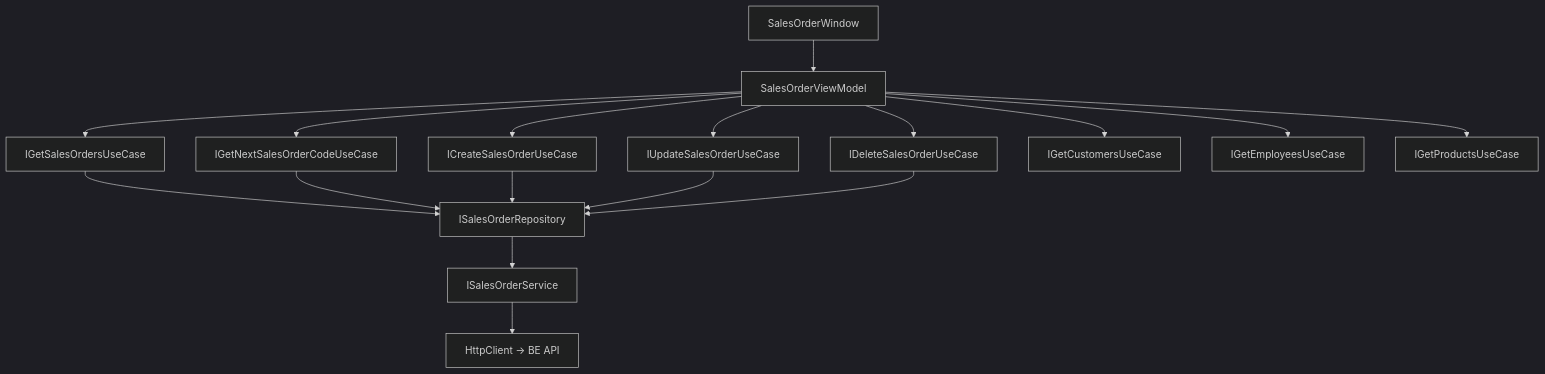
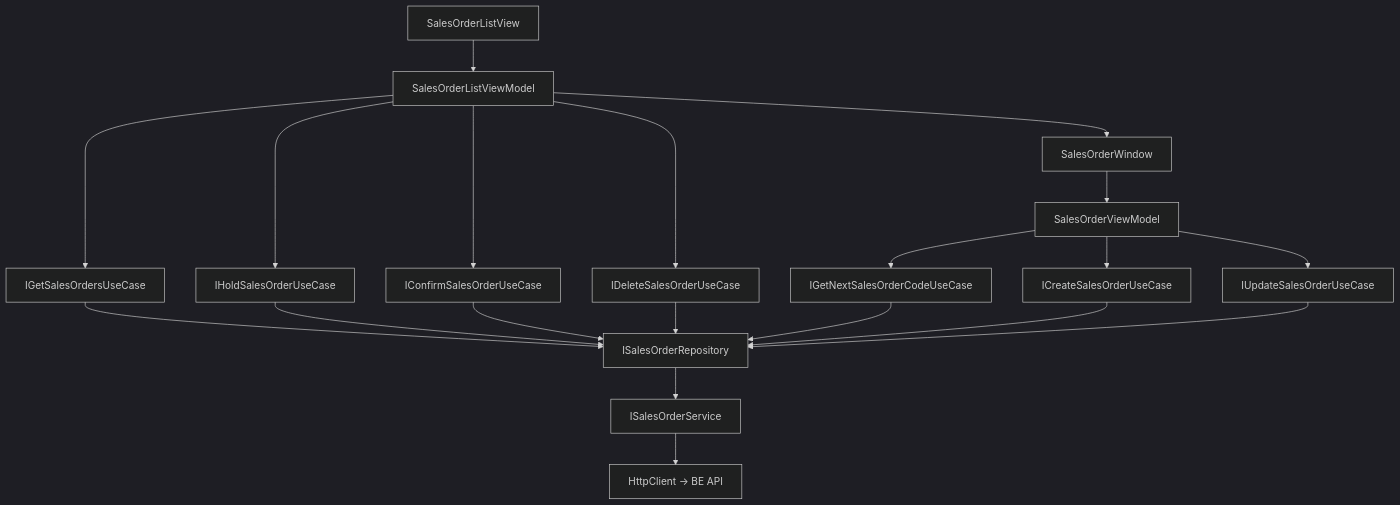
The diagram in src/DesktopLamour/Features/HomePage/Sales/docs/sales.md (haiphan5289/desktop-lamour), drawn with Mermaid (dark theme) before and after one commit. The commit also changed other lines of this file and 65 other files, not shown here.

````diff
--- a/src/DesktopLamour/Features/HomePage/Sales/docs/sales.md
+++ b/src/DesktopLamour/Features/HomePage/Sales/docs/sales.md
@@ -93,19 +114,22 @@
 ```mermaid
 graph TD
-    A[SalesOrderWindow] --> B[SalesOrderViewModel]
+    A[SalesOrderListView] --> B[SalesOrderListViewModel]
     B --> C[IGetSalesOrdersUseCase]
-    B --> N[IGetNextSalesOrderCodeUseCase]
-    B --> D[ICreateSalesOrderUseCase]
-    B --> E[IUpdateSalesOrderUseCase]
+    B --> Ho[IHoldSalesOrderUseCase]
+    B --> Co[IConfirmSalesOrderUseCase]
     B --> F[IDeleteSalesOrderUseCase]
-    B --> G[IGetCustomersUseCase]
-    B --> H[IGetEmployeesUseCase]
-    B --> I[IGetProductsUseCase]
+    B --> W[SalesOrderWindow]
+    W --> VM[SalesOrderViewModel]
+    VM --> N[IGetNextSalesOrderCodeUseCase]
+    VM --> D[ICreateSalesOrderUseCase]
+    VM --> E[IUpdateSalesOrderUseCase]
     C --> J[ISalesOrderRepository]
+    Ho --> J
+    Co --> J
+    F --> J
     N --> J
     D --> J
     E --> J
-    F --> J
     J --> K[ISalesOrderService]
     K --> L[HttpClient → BE API]
 ```
````
